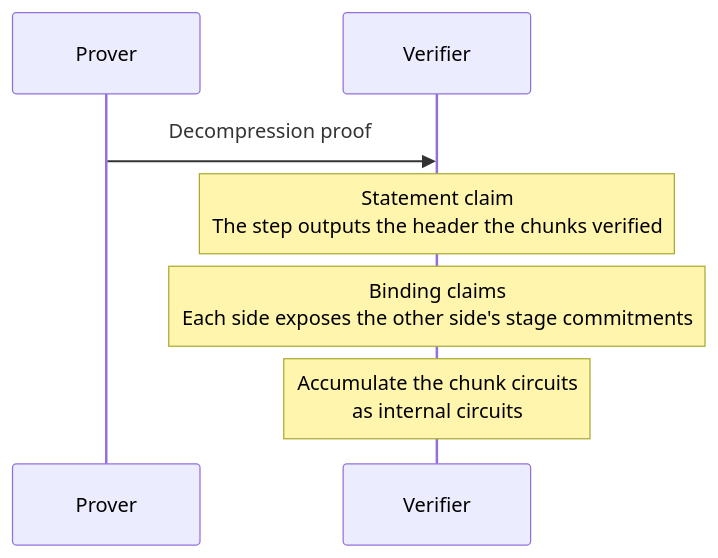
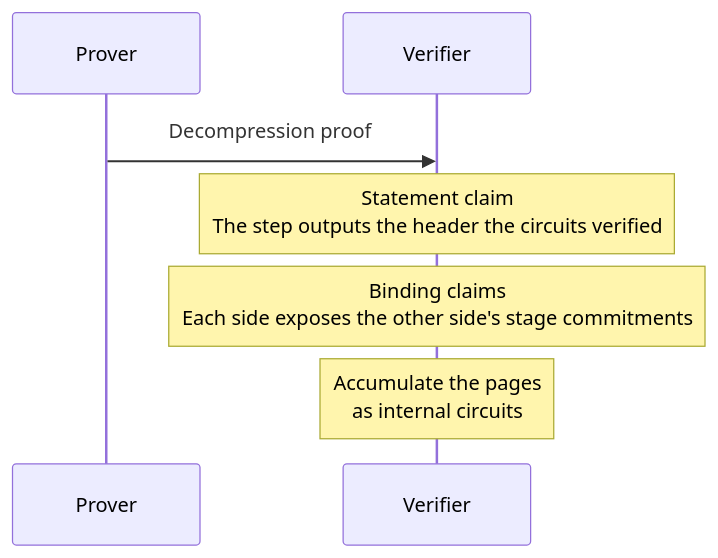
One commit to tachyon-zcash/ragu changed the fifth of 5 diagrams in book/src/protocol/recursion/decompression.md. Above: the diagram before and after it, drawn with Mermaid. The commit also changed other lines of this file and 1 other file, not shown here.

First line of the commit message:
book: describe the decompression as two paged circuits

````diff
--- a/book/src/protocol/recursion/decompression.md
+++ b/book/src/protocol/recursion/decompression.md
@@ -309,9 +312,9 @@
 ```mermaid
 sequenceDiagram
     participant P as Prover
     participant V as Verifier
     P->>V: Decompression proof
-    Note over V: Statement claim<br/>The step outputs the header the chunks verified
+    Note over V: Statement claim<br/>The step outputs the header the circuits verified
     Note over V: Binding claims<br/>Each side exposes the other side's stage commitments
-    Note over V: Accumulate the chunk circuits<br/>as internal circuits
+    Note over V: Accumulate the pages<br/>as internal circuits
 ```
````
